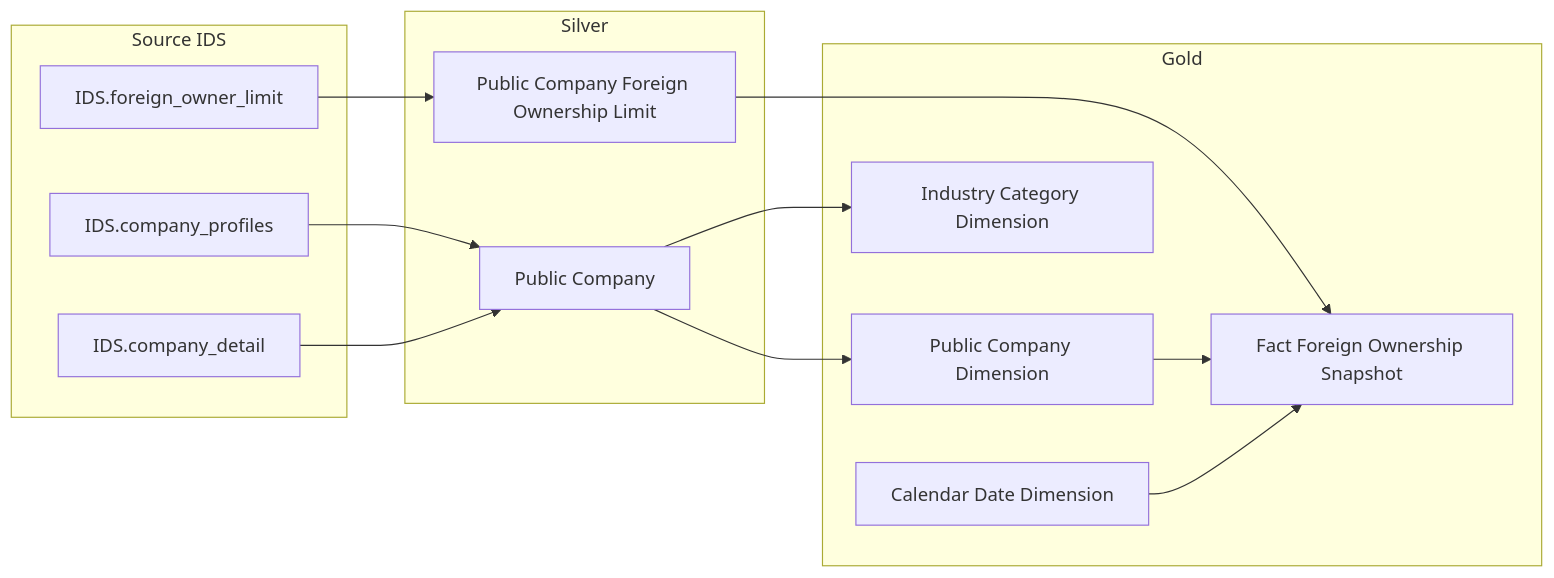
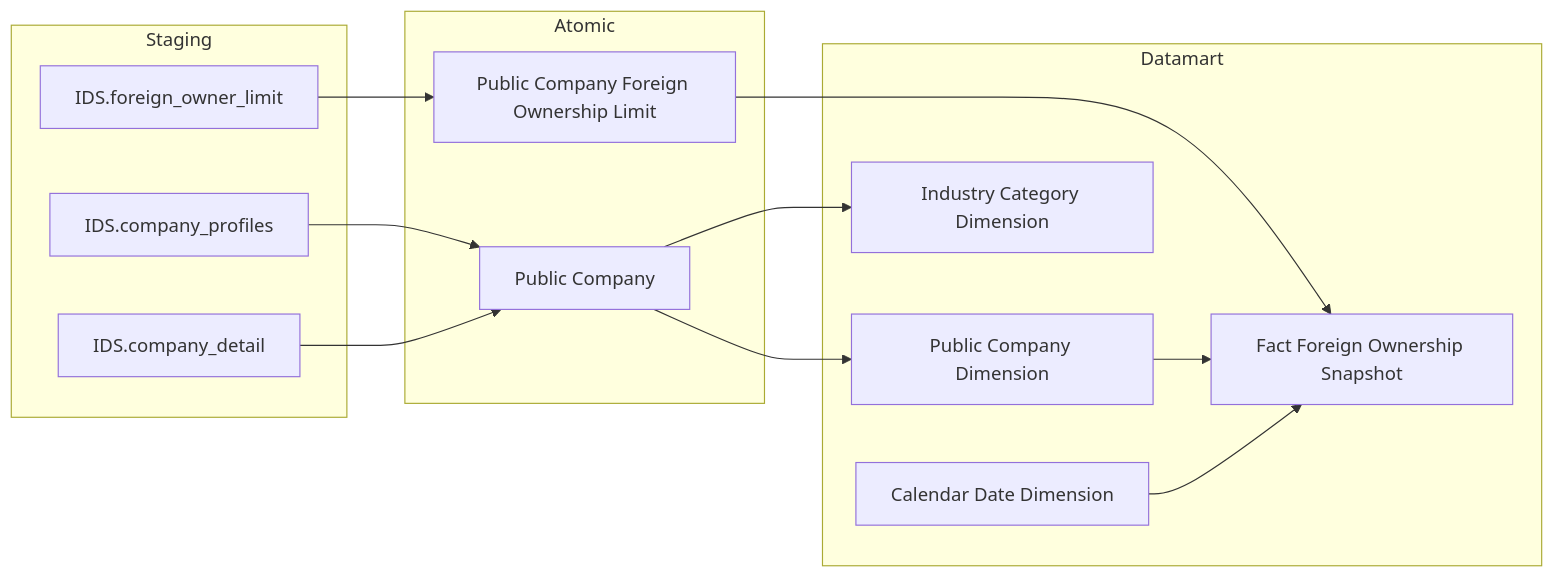
The sixth of 32 diagrams in Gold/hld/GOLD_NDTNN_HLD.md (linhlvit/ubck_atomic_design), drawn with Mermaid before and after one commit. The commit also changed other lines of this file and 8 other files, not shown here.

````diff
--- a/Gold/hld/GOLD_NDTNN_HLD.md
+++ b/Gold/hld/GOLD_NDTNN_HLD.md
@@ -229,31 +229,31 @@
 ```mermaid
 flowchart LR
-    subgraph SRC["Source IDS"]
+    subgraph SRC["Staging"]
         S1["IDS.foreign_owner_limit"]
         S2["IDS.company_profiles"]
         S3["IDS.company_detail"]
     end
 
-    subgraph SIL["Silver"]
+    subgraph SIL["Atomic"]
         SV1["Public Company Foreign Ownership Limit"]
         SV2["Public Company"]
     end
 
-    subgraph GOLD["Gold"]
+    subgraph GOLD["Datamart"]
         G1["Fact Foreign Ownership Snapshot"]
         G2["Public Company Dimension"]
         G3["Industry Category Dimension"]
         G4["Calendar Date Dimension"]
     end
 
     S1 --> SV1
     S2 --> SV2
     S3 --> SV2
 
     SV1 --> G1
     SV2 --> G2
     SV2 --> G3
 
     G2 --> G1
     G4 --> G1
 ```
````
